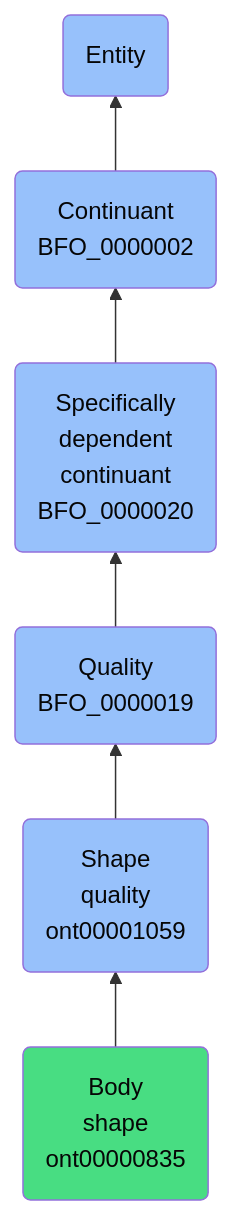
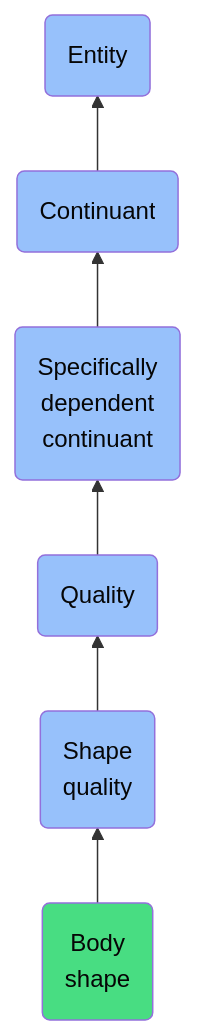
One commit to jupyter-naas/abi changed the diagram in docs/ontology/reference/model/Entity/Continuant/Specifically dependent continuant/Quality/Shape quality/Body shape/Body shape.md. Above: the diagram before and after it, drawn with Mermaid. The commit also changed other lines of this file and 1430 other files, not shown here.

````diff
--- a/docs/ontology/reference/model/Entity/Continuant/Specifically dependent continuant/Quality/Shape quality/Body shape/Body shape.md
+++ b/docs/ontology/reference/model/Entity/Continuant/Specifically dependent continuant/Quality/Shape quality/Body shape/Body shape.md
@@ -24,13 +24,13 @@
 ```mermaid
 graph BT
-    ont00000835(Body<br>shape<br>ont00000835):::ABI-->ont00001059
-    ont00001059(Shape<br>quality<br>ont00001059):::BFO-->BFO_0000019
-    BFO_0000019(Quality<br>BFO_0000019):::BFO-->BFO_0000020
-    BFO_0000020(Specifically<br>dependent<br>continuant<br>BFO_0000020):::BFO-->BFO_0000002
-    BFO_0000002(Continuant<br>BFO_0000002):::BFO-->BFO_0000001
+    ont00000835(Body<br>shape):::ABI-->ont00001059
+    ont00001059(Shape<br>quality):::BFO-->BFO_0000019
+    BFO_0000019(Quality):::BFO-->BFO_0000020
+    BFO_0000020(Specifically<br>dependent<br>continuant):::BFO-->BFO_0000002
+    BFO_0000002(Continuant):::BFO-->BFO_0000001
     BFO_0000001(Entity):::BFO
     
     classDef BFO fill:#97c1fb,color:#060606
     classDef CCO fill:#e4c51e,color:#060606
     classDef ABI fill:#48DD82,color:#060606
 ```
````
